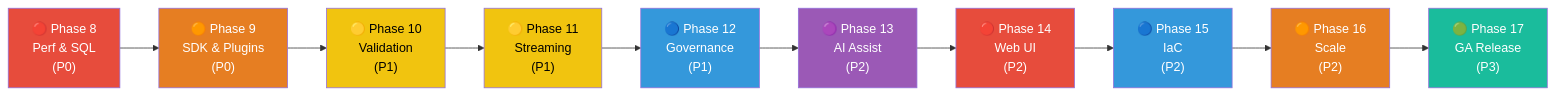
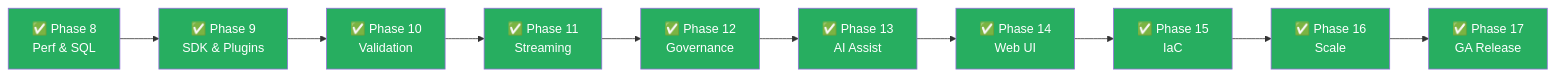
One commit to cyphou/InformaticaToFabric changed diagram 27 of 27 in DEVELOPMENT_PLAN.md. Above: the diagram before and after it, drawn with Mermaid. The commit also changed other lines of this file and 94 other files, not shown here.

First line of the commit message:
Phase 13/14/17 complete: AI-assisted SQL, lineage explorer, ML pipelines, cost advisor

````diff
--- a/DEVELOPMENT_PLAN.md
+++ b/DEVELOPMENT_PLAN.md
@@ -4666,27 +4681,27 @@
 ```mermaid
 flowchart LR
-    P8["🔴 Phase 8\nPerf & SQL\n(P0)"]
-    P9["🟠 Phase 9\nSDK & Plugins\n(P0)"]
-    P10["🟡 Phase 10\nValidation\n(P1)"]
-    P11["🟡 Phase 11\nStreaming\n(P1)"]
-    P12["🔵 Phase 12\nGovernance\n(P1)"]
-    P13["🟣 Phase 13\nAI Assist\n(P2)"]
-    P14["🔴 Phase 14\nWeb UI\n(P2)"]
-    P15["🔵 Phase 15\nIaC\n(P2)"]
-    P16["🟠 Phase 16\nScale\n(P2)"]
-    P17["🟢 Phase 17\nGA Release\n(P3)"]
+    P8["✅ Phase 8\nPerf & SQL"]
+    P9["✅ Phase 9\nSDK & Plugins"]
+    P10["✅ Phase 10\nValidation"]
+    P11["✅ Phase 11\nStreaming"]
+    P12["✅ Phase 12\nGovernance"]
+    P13["✅ Phase 13\nAI Assist"]
+    P14["✅ Phase 14\nWeb UI"]
+    P15["✅ Phase 15\nIaC"]
+    P16["✅ Phase 16\nScale"]
+    P17["✅ Phase 17\nGA Release"]
 
     P8 --> P9 --> P10 --> P11 --> P12
     P12 --> P13 --> P14 --> P15 --> P16 --> P17
 
-    style P8 fill:#E74C3C,color:#fff
-    style P9 fill:#E67E22,color:#fff
-    style P10 fill:#F1C40F,color:#000
-    style P11 fill:#F1C40F,color:#000
-    style P12 fill:#3498DB,color:#fff
-    style P13 fill:#9B59B6,color:#fff
-    style P14 fill:#E74C3C,color:#fff
-    style P15 fill:#3498DB,color:#fff
-    style P16 fill:#E67E22,color:#fff
-    style P17 fill:#1ABC9C,color:#fff
+    style P8 fill:#27AE60,color:#fff
+    style P9 fill:#27AE60,color:#fff
+    style P10 fill:#27AE60,color:#fff
+    style P11 fill:#27AE60,color:#fff
+    style P12 fill:#27AE60,color:#fff
+    style P13 fill:#27AE60,color:#fff
+    style P14 fill:#27AE60,color:#fff
+    style P15 fill:#27AE60,color:#fff
+    style P16 fill:#27AE60,color:#fff
+    style P17 fill:#27AE60,color:#fff
 ```
````
